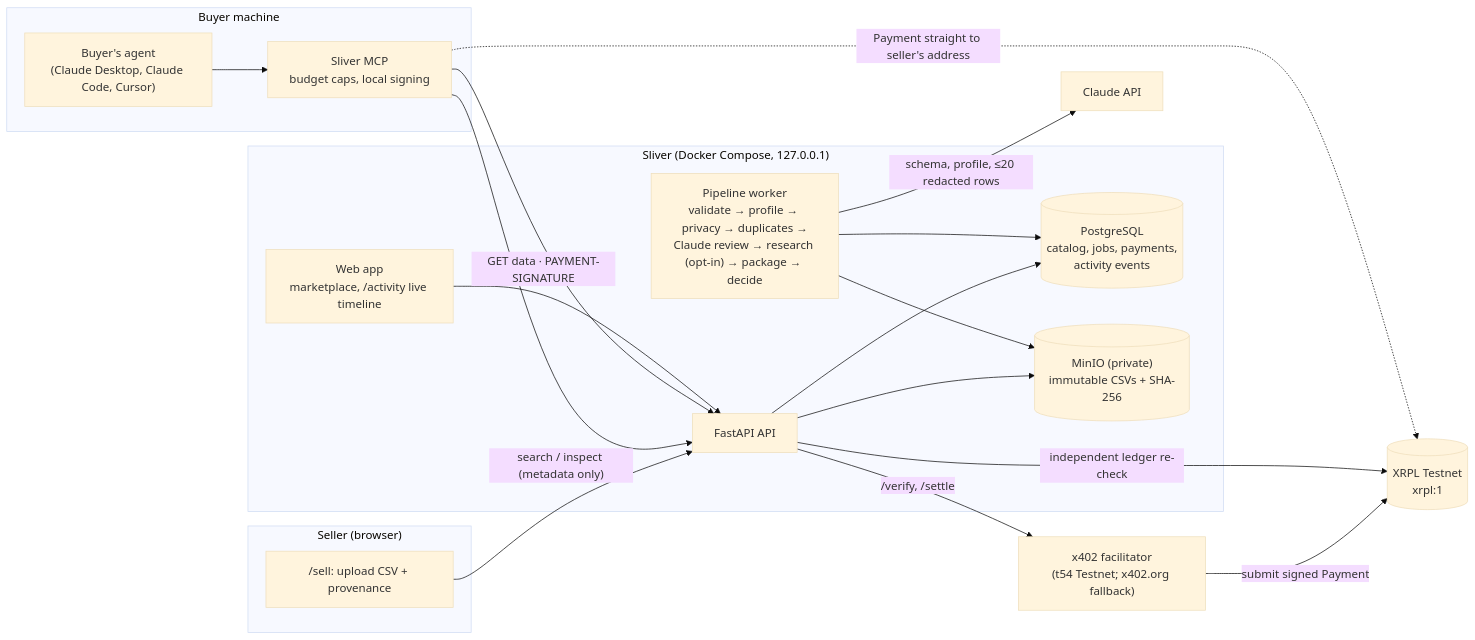
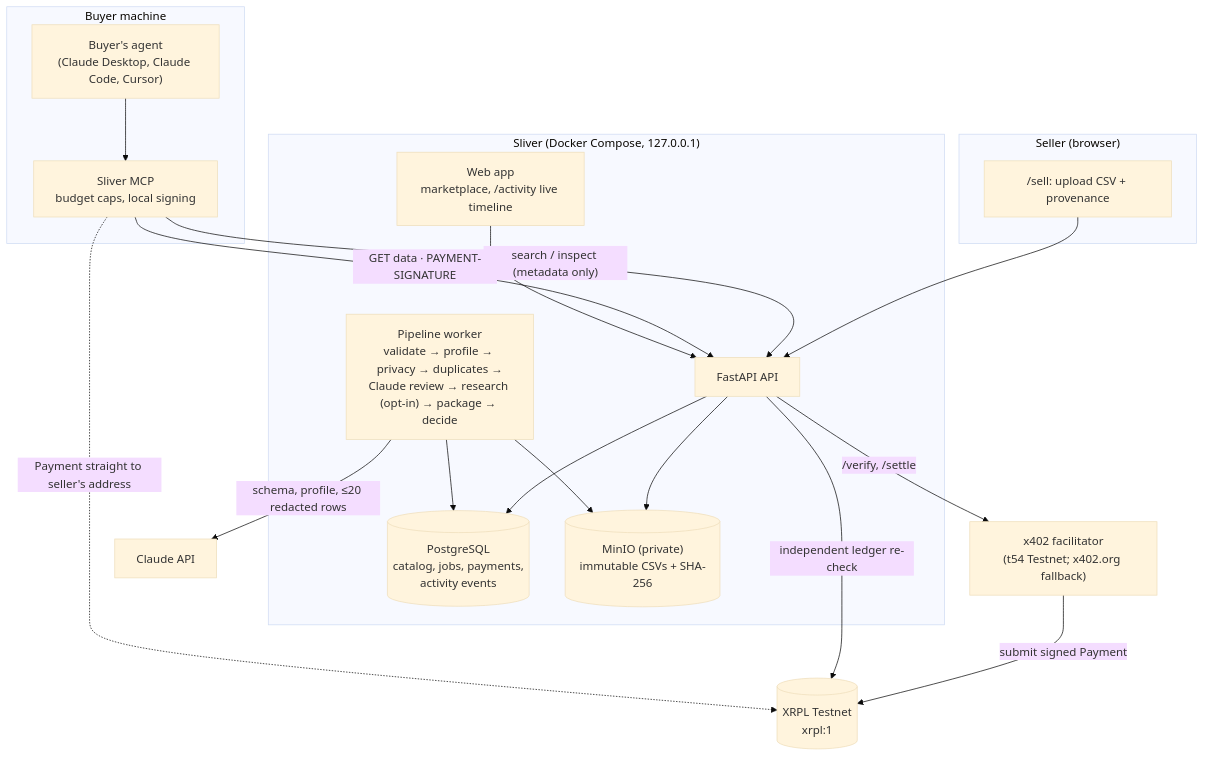
Before and after one commit to LAIN-21/sliver: the first of 2 diagrams in README.md, drawn with Mermaid (base theme).

Commit message:
Draw the architecture diagram top to bottom for readability

````diff
--- a/README.md
+++ b/README.md
@@ -25,38 +25,38 @@
 ```mermaid
-flowchart LR
+flowchart TB
   subgraph Seller["Seller (browser)"]
     S["/sell: upload CSV + provenance"]
   end
 
   subgraph Sliver["Sliver (Docker Compose, 127.0.0.1)"]
     API["FastAPI API"]
     W["Pipeline worker<br/>validate → profile → privacy → duplicates →<br/>Claude review → research (opt-in) → package → decide"]
     PG[("PostgreSQL<br/>catalog, jobs, payments,<br/>activity events")]
     S3[("MinIO (private)<br/>immutable CSVs + SHA-256")]
     WEB["Web app<br/>marketplace, /activity live timeline"]
   end
 
   subgraph Buyer["Buyer machine"]
     AG["Buyer's agent<br/>(Claude Desktop, Claude Code, Cursor)"]
     MCP["Sliver MCP<br/>budget caps, local signing"]
   end
 
   CL["Claude API"]
   FAC["x402 facilitator<br/>(t54 Testnet; x402.org fallback)"]
   XRPL[("XRPL Testnet<br/>xrpl:1")]
 
   S --> API
   API --> PG
   API --> S3
   W --> PG
   W --> S3
   W -- "schema, profile, ≤20 redacted rows" --> CL
   AG --> MCP
   MCP -- "search / inspect (metadata only)" --> API
   MCP -- "GET data · PAYMENT-SIGNATURE" --> API
   API -- "/verify, /settle" --> FAC
   FAC -- "submit signed Payment" --> XRPL
   API -- "independent ledger re-check" --> XRPL
   MCP -. "Payment straight to seller's address" .-> XRPL
   WEB --> API
 ```
````
